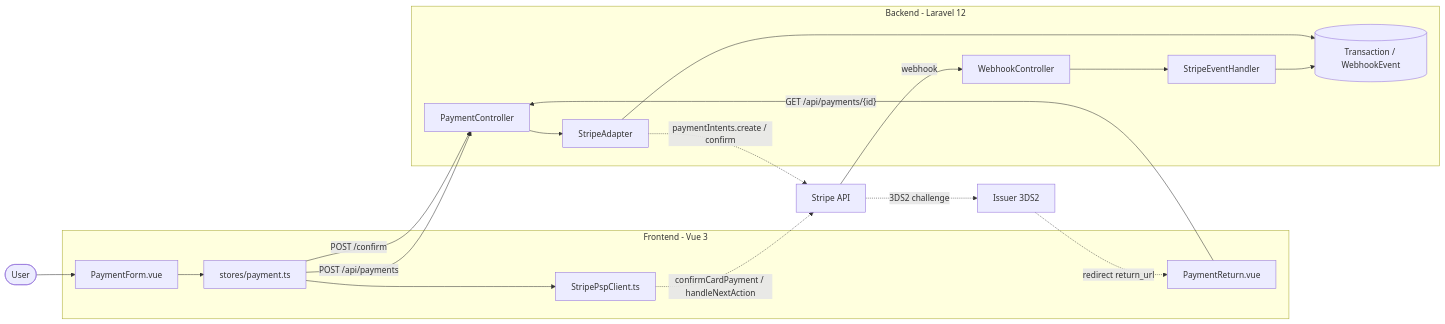
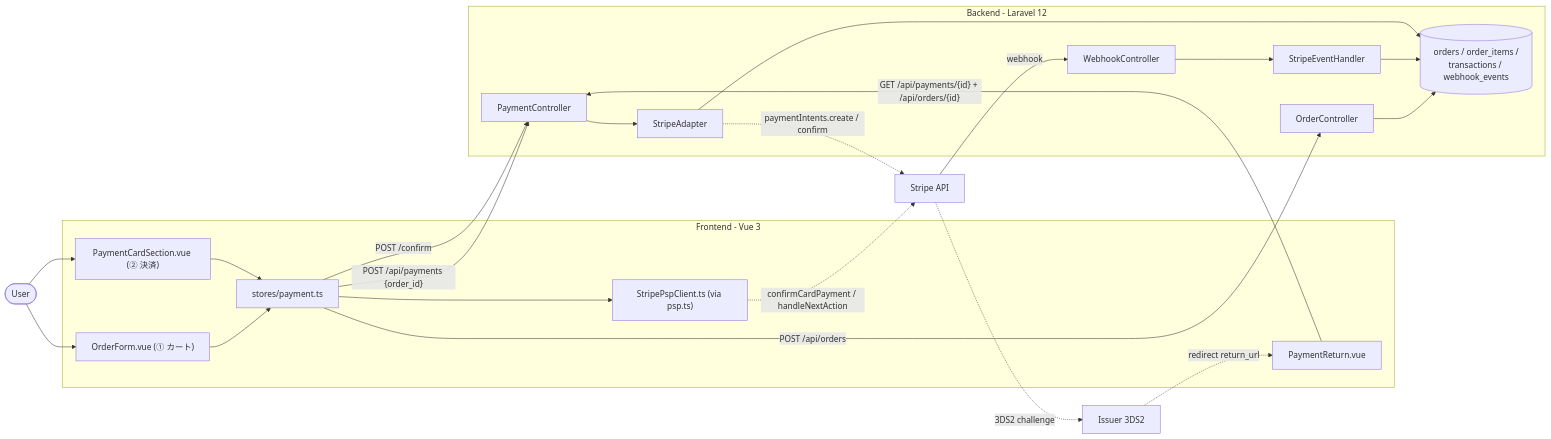
One commit to izdev0000/3ds2-demo changed the first of 4 diagrams in docs/payment-flow.md. Above: the diagram before and after it, drawn with Mermaid. The commit also changed other lines of this file and 9 other files, not shown here.

````diff
--- a/docs/payment-flow.md
+++ b/docs/payment-flow.md
@@ -7,32 +13,37 @@
 ```mermaid
 flowchart LR
     User([User])
     subgraph Frontend["Frontend - Vue 3"]
-        Form["PaymentForm.vue"]
+        OrderUI["OrderForm.vue (① カート)"]
+        CardUI["PaymentCardSection.vue (② 決済)"]
         Store["stores/payment.ts"]
-        StripeJS["StripePspClient.ts"]
+        StripeJS["StripePspClient.ts (via psp.ts)"]
         Return["PaymentReturn.vue"]
     end
     subgraph Backend["Backend - Laravel 12"]
-        Ctrl["PaymentController"]
+        OrderCtrl["OrderController"]
+        PayCtrl["PaymentController"]
         Adapter["StripeAdapter"]
         Webhook["WebhookController"]
         Handler["StripeEventHandler"]
-        DB[("Transaction / WebhookEvent")]
+        DB[("orders / order_items /<br/>transactions / webhook_events")]
     end
     Stripe["Stripe API"]
     Issuer["Issuer 3DS2"]
 
-    User --> Form --> Store
-    Store -->|"POST /api/payments"| Ctrl
-    Store -->|"POST /confirm"| Ctrl
+    User --> OrderUI --> Store
+    User --> CardUI --> Store
+    Store -->|"POST /api/orders"| OrderCtrl
+    Store -->|"POST /api/payments {order_id}"| PayCtrl
+    Store -->|"POST /confirm"| PayCtrl
     Store --> StripeJS
     StripeJS -.->|"confirmCardPayment / handleNextAction"| Stripe
-    Ctrl --> Adapter
+    OrderCtrl --> DB
+    PayCtrl --> Adapter
     Adapter -.->|"paymentIntents.create / confirm"| Stripe
     Stripe -.->|"3DS2 challenge"| Issuer
     Stripe -->|"webhook"| Webhook --> Handler --> DB
     Adapter --> DB
     Issuer -.->|"redirect return_url"| Return
-    Return -->|"GET /api/payments/{id}"| Ctrl
+    Return -->|"GET /api/payments/{id} + /api/orders/{id}"| PayCtrl
 ```
````
